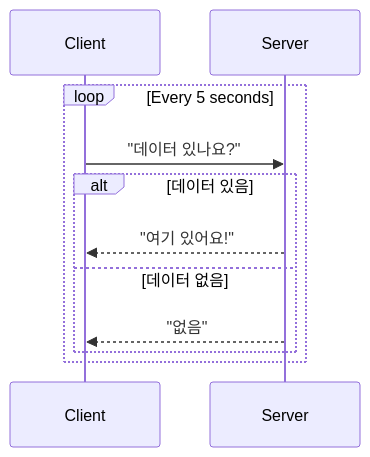
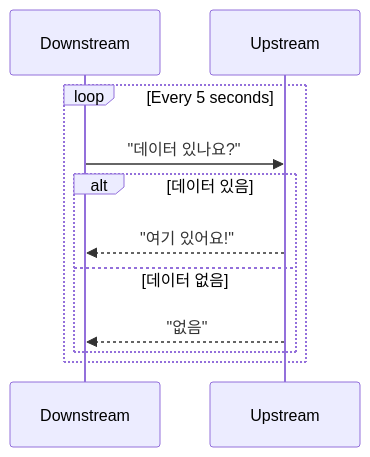
Before and after one commit to sseregit/Obsidian: the diagram in SideProject/1. WebSocket 기반 대용량 실시간 채팅 시스템/반드시 확인해야 할 탐색 주제 리스트/?/HTTP 폴링.md, drawn with Mermaid. The commit also changed other lines of this file, not shown here.

Commit message:
vault backup: 2025-07-24 14:08:39

````diff
--- a/SideProject/1. WebSocket 기반 대용량 실시간 채팅 시스템/반드시 확인해야 할 탐색 주제 리스트/?/HTTP 폴링.md
+++ b/SideProject/1. WebSocket 기반 대용량 실시간 채팅 시스템/반드시 확인해야 할 탐색 주제 리스트/?/HTTP 폴링.md
@@ -6,14 +5,14 @@
 ```mermaid
 sequenceDiagram
-    participant Client
-    participant Server
+    participant Downstream
+    participant Upstream
 
     loop Every 5 seconds
-        Client->>Server: "데이터 있나요?"
+        Downstream->>Upstream: "데이터 있나요?"
         alt 데이터 있음
-            Server-->>Client: "여기 있어요!"
+            Upstream-->>Downstream: "여기 있어요!"
         else 데이터 없음
-            Server-->>Client: "없음"
+            Upstream-->>Downstream: "없음"
         end
     end
 ```
````
